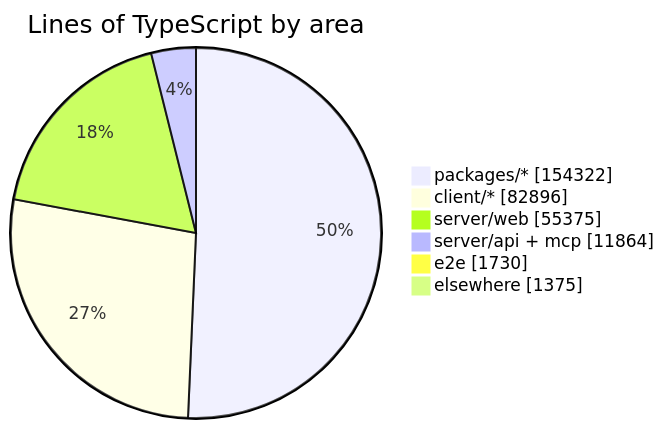
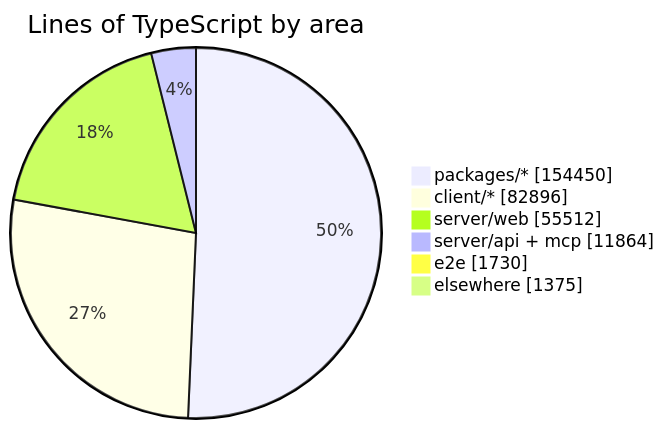
Before and after one commit to crossworks-engineering/mantle: the diagram in README.md, drawn with Mermaid. The commit also changed other lines of this file and 4 other files, not shown here.

````diff
--- a/README.md
+++ b/README.md
@@ -279,9 +279,9 @@
 ```mermaid
 pie showData title Lines of TypeScript by area
-    "packages/*" : 154322
+    "packages/*" : 154450
     "client/*" : 82896
-    "server/web" : 55375
+    "server/web" : 55512
     "server/api + mcp" : 11864
     "e2e" : 1730
     "elsewhere" : 1375
 ```
````
